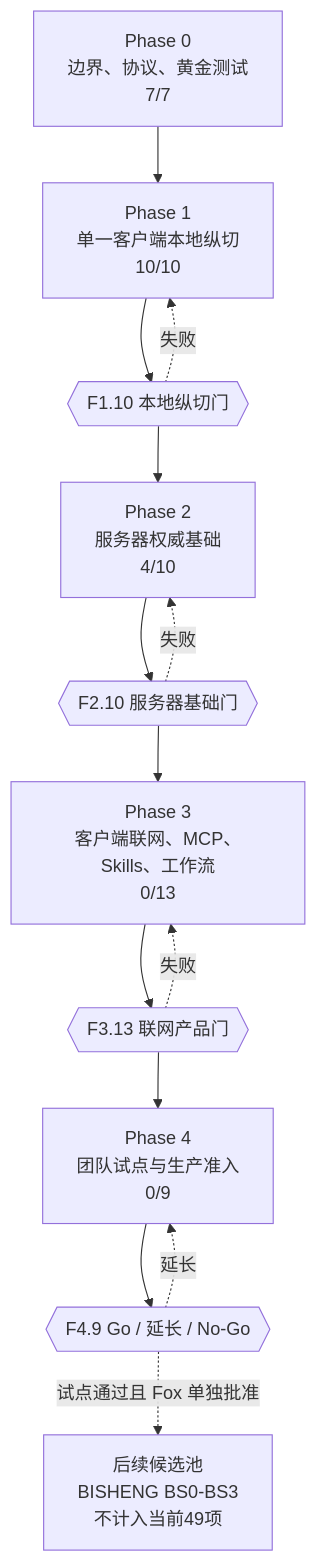
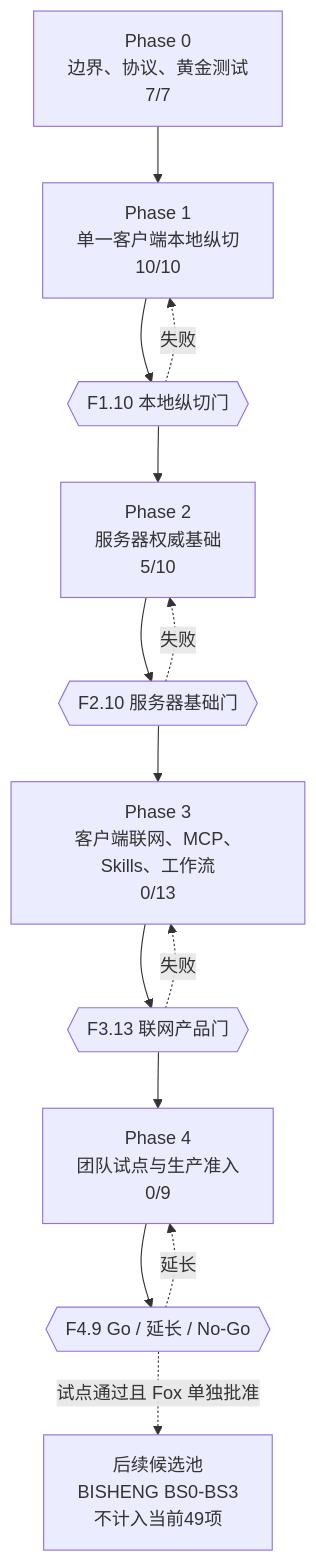
One commit to xingranya/fox changed the first of 6 diagrams in docs/plan/dependency-graph.md. Above: the diagram before and after it, drawn with Mermaid. The commit also changed other lines of this file and 29 other files, not shown here.

````diff
--- a/docs/plan/dependency-graph.md
+++ b/docs/plan/dependency-graph.md
@@ -5,20 +5,20 @@
 ```mermaid
 flowchart TD
     P0["Phase 0\n边界、协议、黄金测试\n7/7"]
     P1["Phase 1\n单一客户端本地纵切\n10/10"]
     G1{{"F1.10 本地纵切门"}}
-    P2["Phase 2\n服务器权威基础\n4/10"]
+    P2["Phase 2\n服务器权威基础\n5/10"]
     G2{{"F2.10 服务器基础门"}}
     P3["Phase 3\n客户端联网、MCP、Skills、工作流\n0/13"]
     G3{{"F3.13 联网产品门"}}
     P4["Phase 4\n团队试点与生产准入\n0/9"]
     G4{{"F4.9 Go / 延长 / No-Go"}}
     BS["后续候选池\nBISHENG BS0-BS3\n不计入当前49项"]
 
     P0 --> P1 --> G1 --> P2 --> G2 --> P3 --> G3 --> P4 --> G4
     G4 -. "试点通过且 Fox 单独批准" .-> BS
     G1 -. "失败" .-> P1
     G2 -. "失败" .-> P2
     G3 -. "失败" .-> P3
     G4 -. "延长" .-> P4
 ```
````
